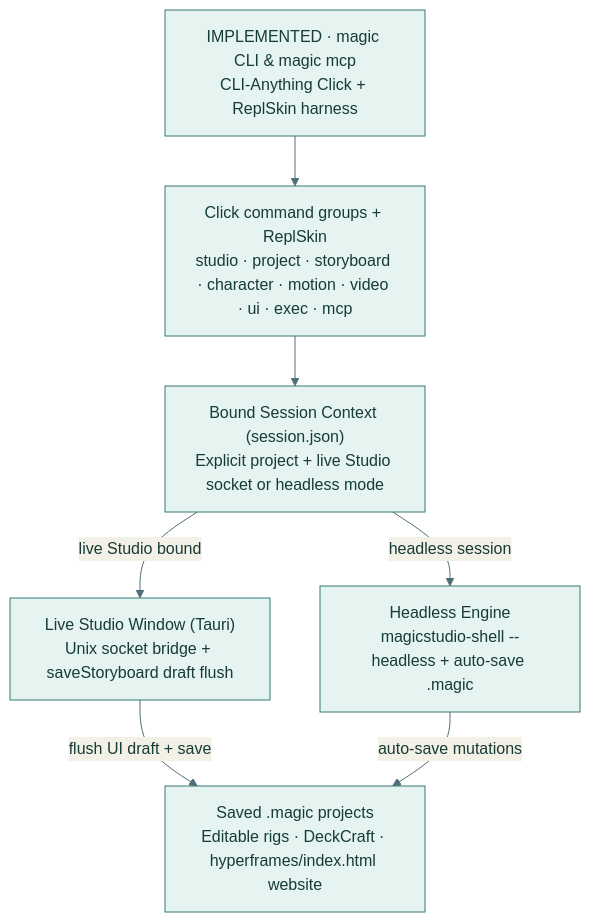
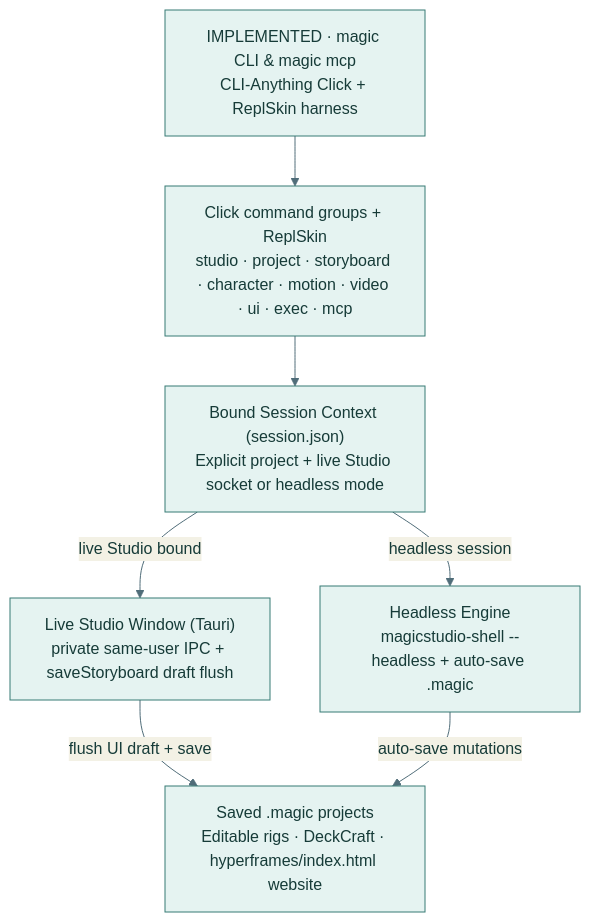
One commit to jessenaiman/magic-studio-app changed the diagram in docs/magic-cli-proposed.mmd. Above: the diagram before and after it, drawn with Mermaid. The commit also changed 27 other files, not shown here.

```diff
--- a/docs/magic-cli-proposed.mmd
+++ b/docs/magic-cli-proposed.mmd
@@ -1,21 +1,21 @@
 %% IMPLEMENTED: CLI-Anything Click / ReplSkin harness (`magic` and `magic mcp`).
 %% Package: agent-harness/cli_anything/magic/ (entry point: `magic`).
 %% Shared engine boundary: crates/engine/src/commands.rs and apps/magicstudio-shell/src/main.rs.
 %% Unified session context: `magic studio <project>` or `magic project open <project>` binds the session;
-%% all subsequent commands route to the live Studio Unix socket or headless engine without per-call `--bridge` flags.
+%% all subsequent commands route to the live Studio Unix socket or headless engine using the selected project.
 %%{init: {"theme":"base","themeVariables":{"fontFamily":"system-ui","primaryColor":"#e5f3f1","primaryTextColor":"#163b38","primaryBorderColor":"#377b74","lineColor":"#506d79"}}}%%
 flowchart TB
   TITLE["IMPLEMENTED · magic CLI & magic mcp<br/>CLI-Anything Click + ReplSkin harness"]
   PARSER["Click command groups + ReplSkin<br/>studio · project · storyboard · character · motion · video · ui · exec · mcp"]
   CTX["Bound Session Context (session.json)<br/>Explicit project + live Studio socket or headless mode"]
-  LIVE["Live Studio Window (Tauri)<br/>Unix socket bridge + saveStoryboard draft flush"]
+  LIVE["Live Studio Window (Tauri)<br/>private same-user IPC + saveStoryboard draft flush"]
   HEADLESS["Headless Engine<br/>magicstudio-shell --headless + auto-save .magic"]
   SAVED["Saved .magic projects<br/>Editable rigs · DeckCraft · hyperframes/index.html website"]
   TITLE --> PARSER
   PARSER --> CTX
   CTX -->|"live Studio bound"| LIVE
   CTX -->|"headless session"| HEADLESS
   LIVE -->|"flush UI draft + save"| SAVED
   HEADLESS -->|"auto-save mutations"| SAVED
   classDef existing fill:#e5f3f1,stroke:#377b74,color:#163b38;
   class TITLE,PARSER,CTX,LIVE,HEADLESS,SAVED existing;
```
